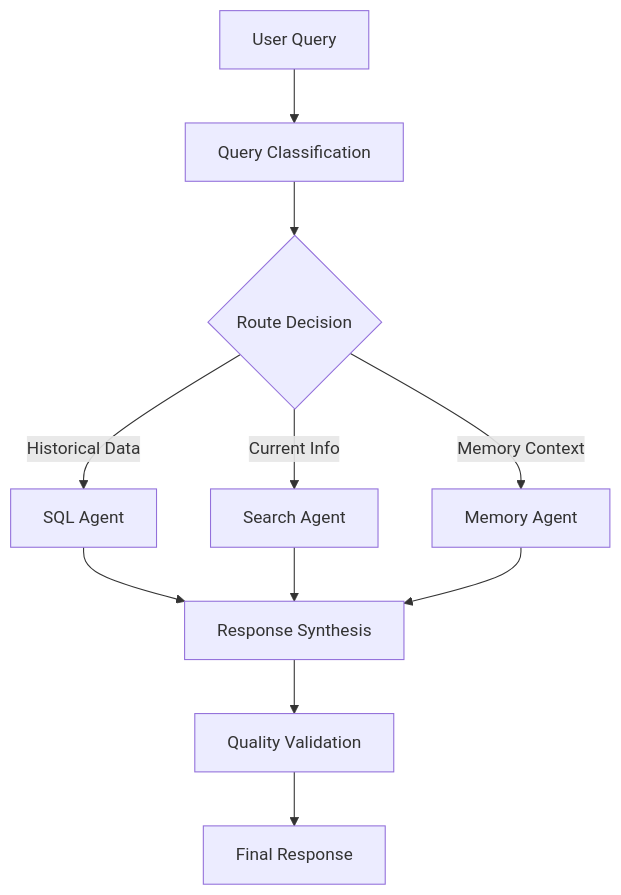
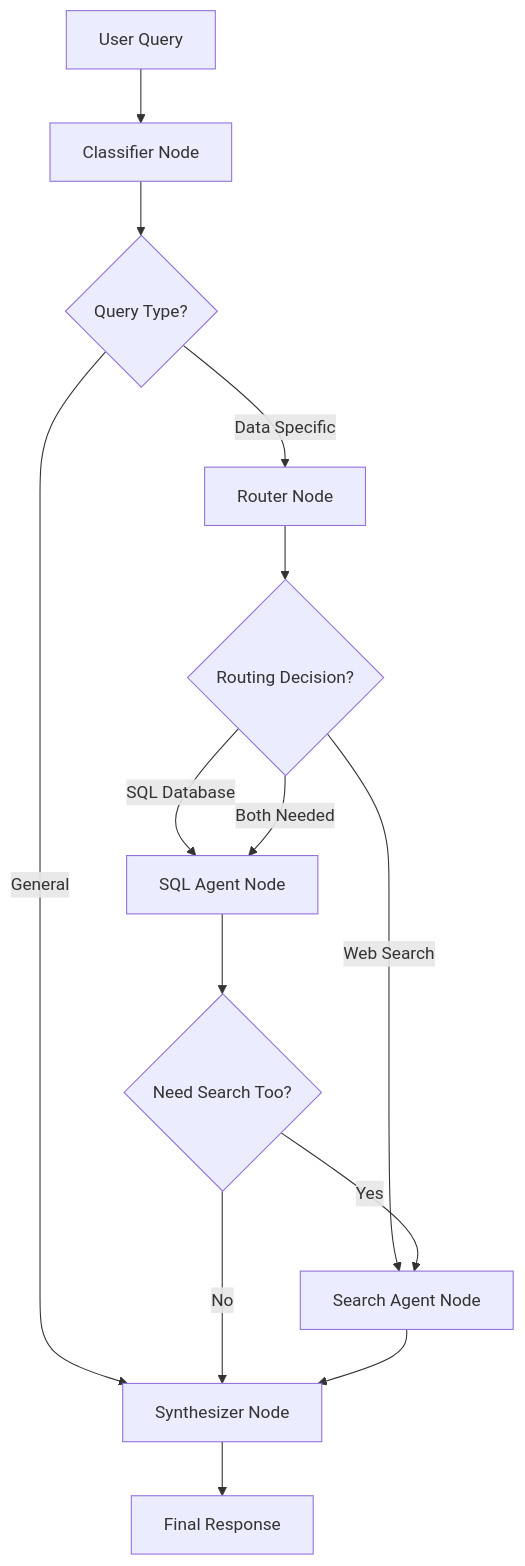
The diagram in README.md (stephenczhao/eval_agent), drawn with Mermaid before and after one commit. The commit also changed other lines of this file and 1 other file, not shown here.

````diff
--- a/README.md
+++ b/README.md
@@ -72,13 +173,16 @@
 ```mermaid
 graph TD
-    A[User Query] --> B[Query Classification]
-    B --> C{Route Decision}
-    C -->|Historical Data| D[SQL Agent]
-    C -->|Current Info| E[Search Agent]
-    C -->|Memory Context| F[Memory Agent]
-    D --> G[Response Synthesis]
-    E --> G
-    F --> G
-    G --> H[Quality Validation]
-    H --> I[Final Response]
+    A[User Query] --> B[Classifier Node]
+    B --> C{Query Type?}
+    C -->|General| H[Synthesizer Node]
+    C -->|Data Specific| D[Router Node]
+    D --> E{Routing Decision?}
+    E -->|SQL Database| F[SQL Agent Node]
+    E -->|Web Search| G[Search Agent Node]
+    E -->|Both Needed| F
+    F --> I{Need Search Too?}
+    I -->|Yes| G
+    I -->|No| H
+    G --> H
+    H --> J[Final Response]
 ```
````
